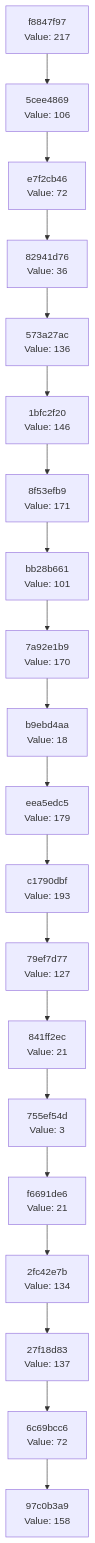
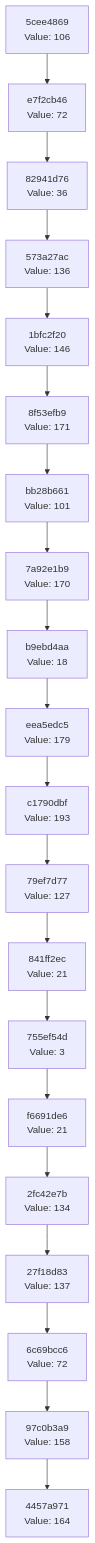
One commit to Abhisheksinha1506/hash-chain-evolver changed the diagram in docs/CHAIN_VISUALIZATION.md. Above: the diagram before and after it, drawn with Mermaid. The commit also changed 2 other files, not shown here.

Commit message:
Evolution Step

````diff
--- a/docs/CHAIN_VISUALIZATION.md
+++ b/docs/CHAIN_VISUALIZATION.md
@@ -3,42 +3,42 @@
 ```mermaid
 graph TD
-    C0["97c0b3a9<br/>Value: 158"]
-    C1["6c69bcc6<br/>Value: 72"]
+    C0["4457a971<br/>Value: 164"]
+    C1["97c0b3a9<br/>Value: 158"]
     C1 --> C0
-    C2["27f18d83<br/>Value: 137"]
+    C2["6c69bcc6<br/>Value: 72"]
     C2 --> C1
-    C3["2fc42e7b<br/>Value: 134"]
+    C3["27f18d83<br/>Value: 137"]
     C3 --> C2
-    C4["f6691de6<br/>Value: 21"]
+    C4["2fc42e7b<br/>Value: 134"]
     C4 --> C3
-    C5["755ef54d<br/>Value: 3"]
+    C5["f6691de6<br/>Value: 21"]
     C5 --> C4
-    C6["841ff2ec<br/>Value: 21"]
+    C6["755ef54d<br/>Value: 3"]
     C6 --> C5
-    C7["79ef7d77<br/>Value: 127"]
+    C7["841ff2ec<br/>Value: 21"]
     C7 --> C6
-    C8["c1790dbf<br/>Value: 193"]
+    C8["79ef7d77<br/>Value: 127"]
     C8 --> C7
-    C9["eea5edc5<br/>Value: 179"]
+    C9["c1790dbf<br/>Value: 193"]
     C9 --> C8
-    C10["b9ebd4aa<br/>Value: 18"]
+    C10["eea5edc5<br/>Value: 179"]
     C10 --> C9
-    C11["7a92e1b9<br/>Value: 170"]
+    C11["b9ebd4aa<br/>Value: 18"]
     C11 --> C10
-    C12["bb28b661<br/>Value: 101"]
+    C12["7a92e1b9<br/>Value: 170"]
     C12 --> C11
-    C13["8f53efb9<br/>Value: 171"]
+    C13["bb28b661<br/>Value: 101"]
     C13 --> C12
-    C14["1bfc2f20<br/>Value: 146"]
+    C14["8f53efb9<br/>Value: 171"]
     C14 --> C13
-    C15["573a27ac<br/>Value: 136"]
+    C15["1bfc2f20<br/>Value: 146"]
     C15 --> C14
-    C16["82941d76<br/>Value: 36"]
+    C16["573a27ac<br/>Value: 136"]
     C16 --> C15
-    C17["e7f2cb46<br/>Value: 72"]
+    C17["82941d76<br/>Value: 36"]
     C17 --> C16
-    C18["5cee4869<br/>Value: 106"]
+    C18["e7f2cb46<br/>Value: 72"]
     C18 --> C17
-    C19["f8847f97<br/>Value: 217"]
+    C19["5cee4869<br/>Value: 106"]
     C19 --> C18
 ```
````
